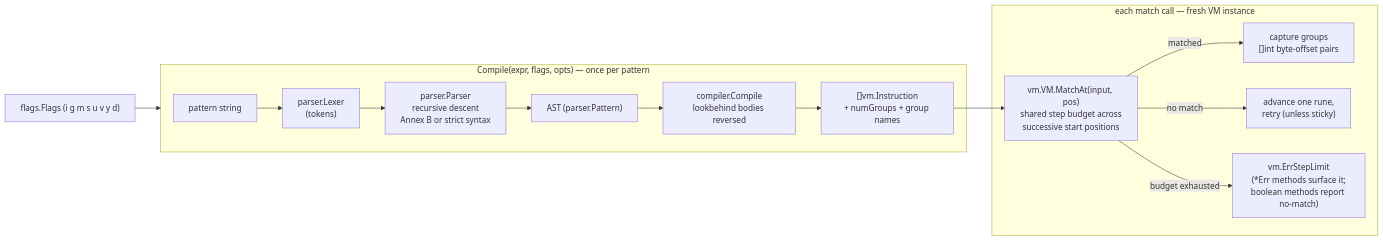
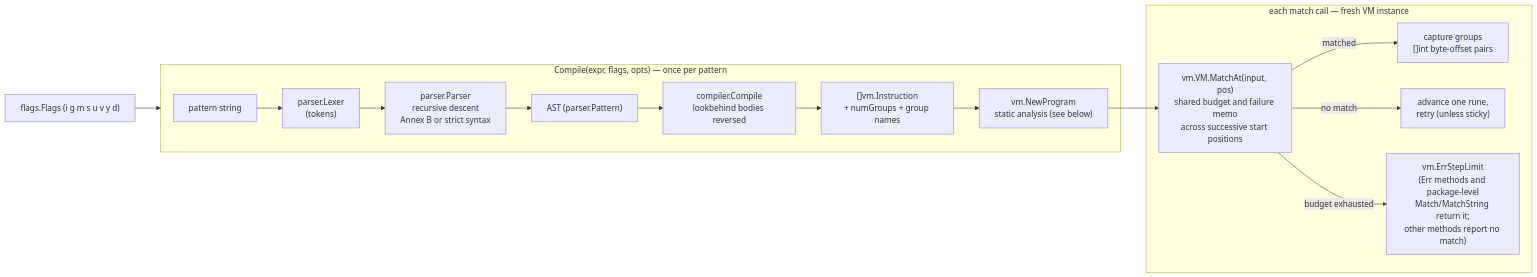
One commit to mgilbir/goecma262 changed the first of 2 diagrams in docs/architecture.md. Above: the diagram before and after it, drawn with Mermaid. The commit also changed other lines of this file and 13 other files, not shown here.

````diff
--- a/docs/architecture.md
+++ b/docs/architecture.md
@@ -21,17 +24,18 @@
 ```mermaid
 flowchart LR
     subgraph Compile["Compile(expr, flags, opts) — once per pattern"]
         SRC["pattern string"] --> LEX["parser.Lexer<br/>(tokens)"]
         LEX --> PARSE["parser.Parser<br/>recursive descent<br/>Annex B or strict syntax"]
         PARSE --> AST["AST (parser.Pattern)"]
         AST --> COMP["compiler.Compile<br/>lookbehind bodies reversed"]
         COMP --> CODE["[]vm.Instruction<br/>+ numGroups + group names"]
+        CODE --> PROG["vm.NewProgram<br/>static analysis (see below)"]
     end
     subgraph Match["each match call — fresh VM instance"]
-        CODE --> VM["vm.VM.MatchAt(input, pos)<br/>shared step budget across<br/>successive start positions"]
+        PROG --> VM["vm.VM.MatchAt(input, pos)<br/>shared budget and failure memo<br/>across successive start positions"]
         VM -->|"matched"| GROUPS["capture groups<br/>[]int byte-offset pairs"]
         VM -->|"no match"| NEXT["advance one rune,<br/>retry (unless sticky)"]
-        VM -->|"budget exhausted"| ERR["vm.ErrStepLimit<br/>(*Err methods surface it;<br/>boolean methods report no-match)"]
+        VM -->|"budget exhausted"| ERR["vm.ErrStepLimit<br/>(Err methods and package-level<br/>Match/MatchString return it;<br/>other methods report no match)"]
     end
     FLAGS["flags.Flags (i g m s u v y d)"] --> Compile
 ```
````
